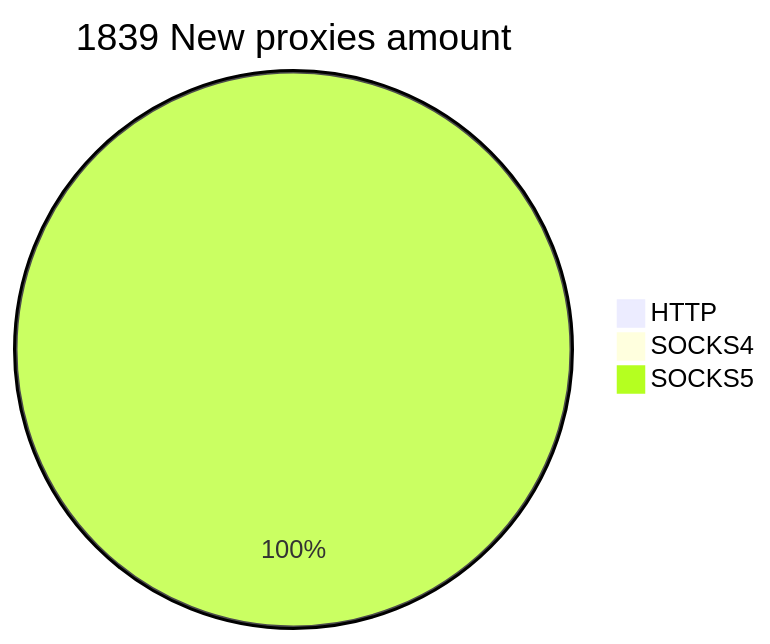
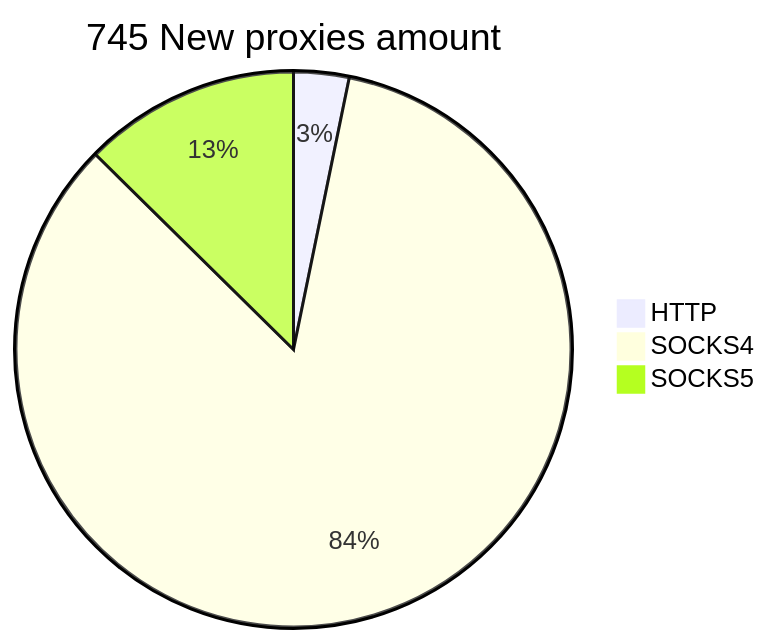
One commit to cutipu/proxylist changed the second of 2 diagrams in README.md. Above: the diagram before and after it, drawn with Mermaid. The commit also changed other lines of this file, not shown here.

````diff
--- a/README.md
+++ b/README.md
@@ -10,6 +10,6 @@
 ```mermaid
-pie title 1839 New proxies amount
-    "HTTP" : 0
-    "SOCKS4" : 0
-    "SOCKS5" : 2620
+pie title 745 New proxies amount
+    "HTTP" : 24
+    "SOCKS4" : 627
+    "SOCKS5" : 94
 ```
````
